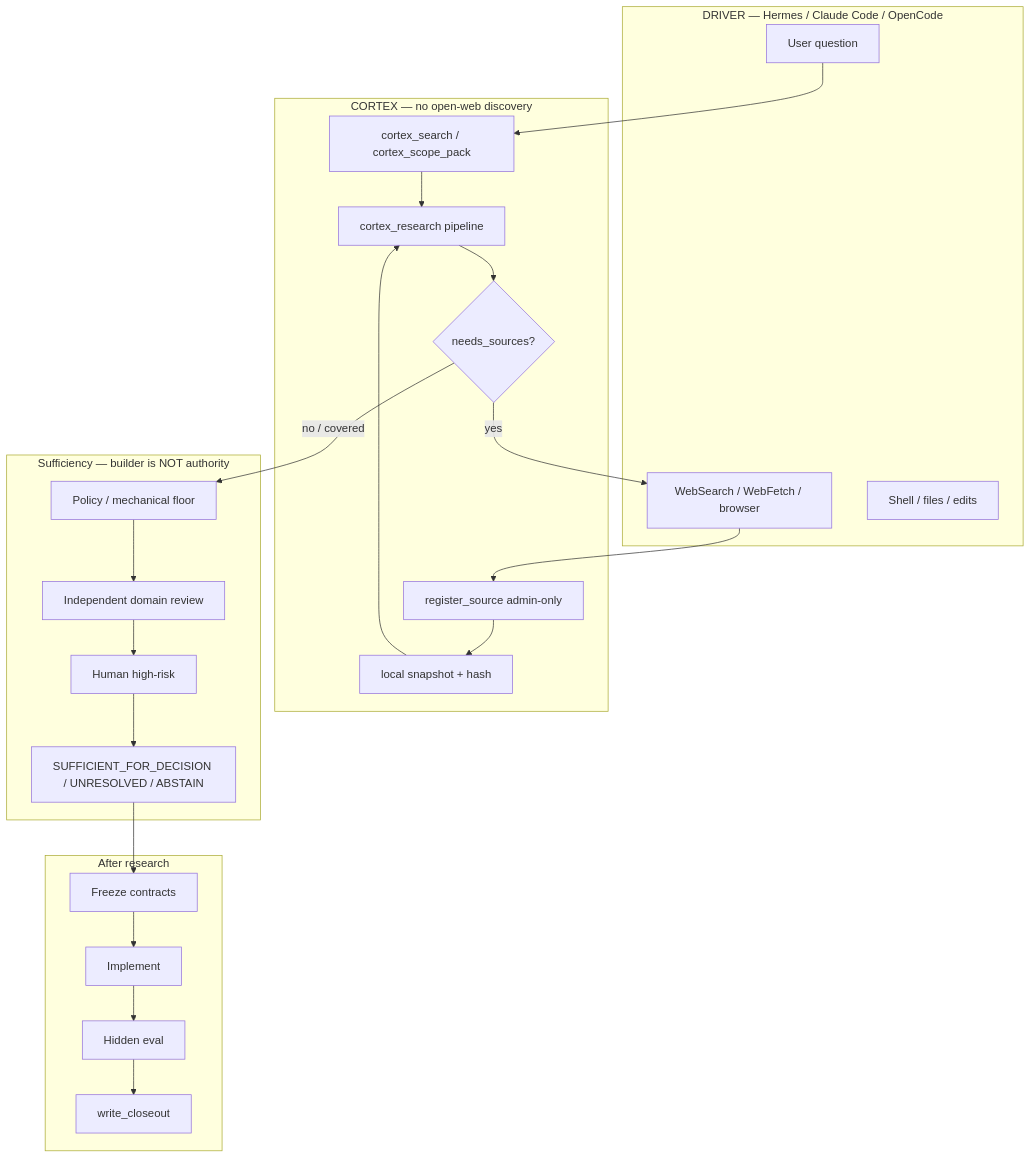
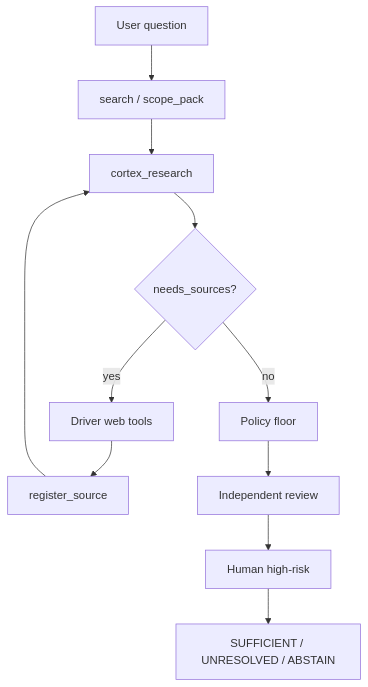
One commit to Pukujan/private-study-log changed the third of 5 diagrams in cortex-research-path-flowchart-2026-07-19.md. Above: the diagram before and after it, drawn with Mermaid. The commit also changed other lines of this file, not shown here.

Commit message:
study-log: research path flowcharts v2 — vertical/mobile-first (M27)

````diff
--- a/cortex-research-path-flowchart-2026-07-19.md
+++ b/cortex-research-path-flowchart-2026-07-19.md
@@ -91,35 +84,13 @@
 ```mermaid
 flowchart TB
-  subgraph DRIVER["DRIVER — Hermes / Claude Code / OpenCode"]
-    U[User question]
-    W[WebSearch / WebFetch / browser]
-    T[Shell / files / edits]
-  end
-
-  subgraph CORTEX["CORTEX — no open-web discovery"]
-    CS[cortex_search / cortex_scope_pack]
-    CR[cortex_research pipeline]
-    NS{needs_sources?}
-    REG[register_source admin-only]
-    SNAP[local snapshot + hash]
-  end
-
-  subgraph SUFF["Sufficiency — builder is NOT authority"]
-    POL[Policy / mechanical floor]
-    IND[Independent domain review]
-    HUM[Human high-risk]
-    REC[SUFFICIENT_FOR_DECISION / UNRESOLVED / ABSTAIN]
-  end
-
-  subgraph OUT["After research"]
-    FRZ[Freeze contracts]
-    IMP[Implement]
-    EVL[Hidden eval]
-    CLO[write_closeout]
-  end
-
-  U --> CS --> CR --> NS
-  NS -->|yes| W --> REG --> SNAP --> CR
-  NS -->|no / covered| POL --> IND --> HUM --> REC
-  REC --> FRZ --> IMP --> EVL --> CLO
+  U["User question"] --> CS["search / scope_pack"]
+  CS --> CR["cortex_research"]
+  CR --> NS{"needs_sources?"}
+  NS -->|yes| W["Driver web tools"]
+  W --> REG["register_source"]
+  REG --> CR
+  NS -->|no| POL["Policy floor"]
+  POL --> IND["Independent review"]
+  IND --> HUM["Human high-risk"]
+  HUM --> REC["SUFFICIENT / UNRESOLVED / ABSTAIN"]
 ```
````
